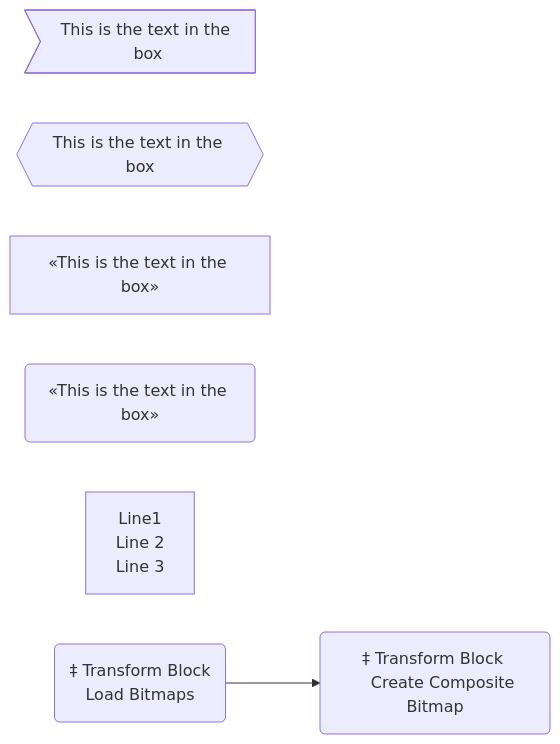
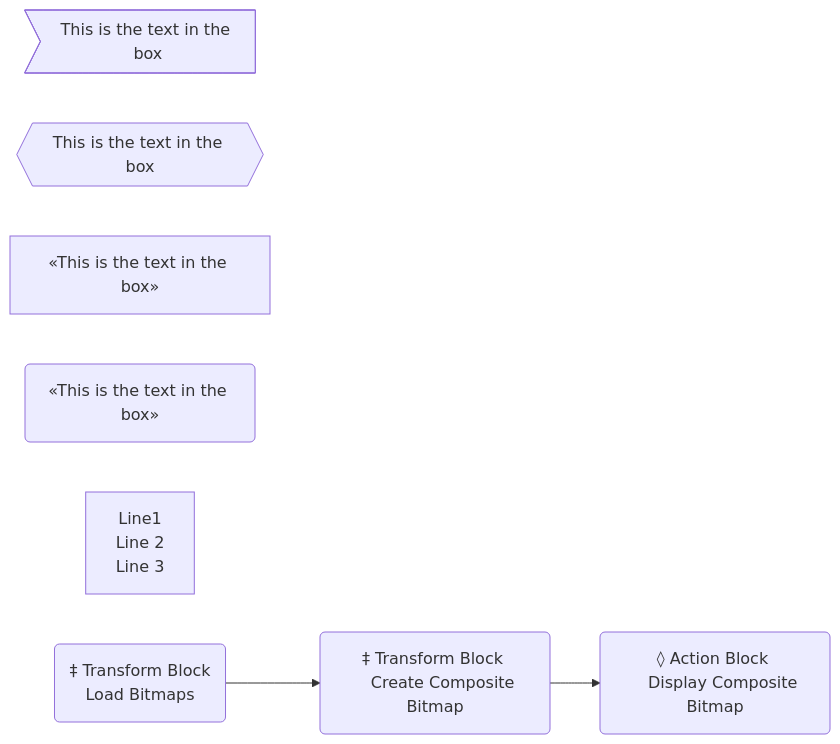
Before and after one commit to MartinRL/TplDataflow: the diagram in CompositeImages/CompositeImages.mmd, drawn with Mermaid.

Commit message:
add Display Composite Bitmap

```diff
--- a/CompositeImages/CompositeImages.mmd
+++ b/CompositeImages/CompositeImages.mmd
@@ -1,20 +1,23 @@
 flowchart LR
     id1>This is the text in the box]
 
     id2{{This is the text in the box}}
 
     id3["«This is the text in the box»"]
 
     id4("«This is the text in the box»")
 
     newLines["Line1
     Line 2
     Line 3"]
 
     lB("‡ Transform Block 
     Load Bitmaps")
 
     cCB("‡ Transform Block 
     Create Composite Bitmap")
 
-    lB --> cCB
+    dCB("◊ Action Block 
+    Display Composite Bitmap")
+
+    lB --> cCB --> dCB
```
